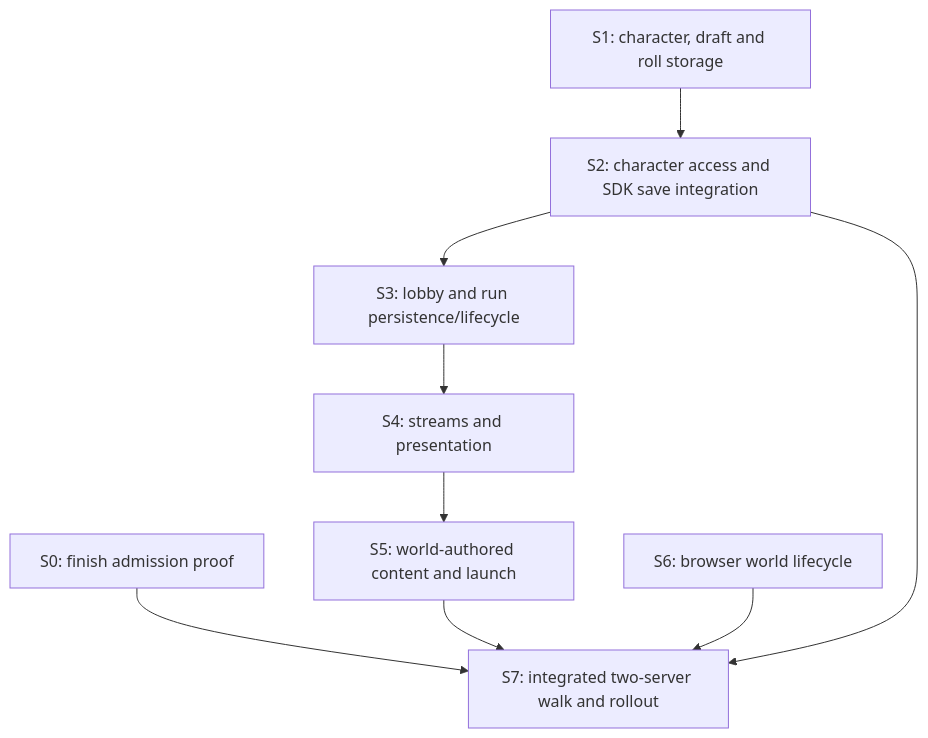
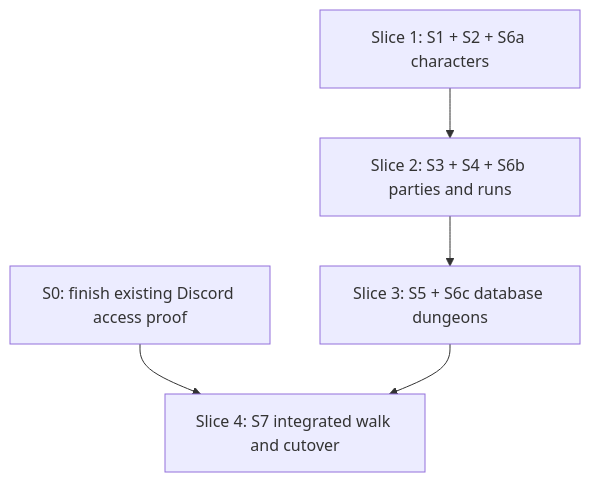
Before and after one commit to KirkDiggler/rpg-project: the second of 2 diagrams in ideas/discord-worlds/plan.md, drawn with Mermaid. The commit also changed other lines of this file, not shown here.

First line of the commit message:
docs: group world isolation handoffs into iterative outcome slices

````diff
--- a/ideas/discord-worlds/plan.md
+++ b/ideas/discord-worlds/plan.md
@@ -129,11 +162,7 @@
 ```mermaid
 flowchart TD
-    S0[S0: finish admission proof] --> S7[S7: integrated two-server walk and rollout]
-    S1[S1: character, draft and roll storage] --> S2[S2: character access and SDK save integration]
-    S2 --> S3[S3: lobby and run persistence/lifecycle]
-    S3 --> S4[S4: streams and presentation]
-    S4 --> S5[S5: world-authored content and launch]
-    S5 --> S7
-    S6[S6: browser world lifecycle] --> S7
-    S2 --> S7
+    S0[S0: finish existing Discord access proof] --> C4[Slice 4: S7 integrated walk and cutover]
+    C1[Slice 1: S1 + S2 + S6a characters] --> C2[Slice 2: S3 + S4 + S6b parties and runs]
+    C2 --> C3[Slice 3: S5 + S6c database dungeons]
+    C3 --> C4
 ```
````
